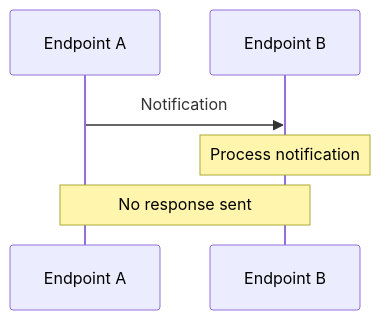
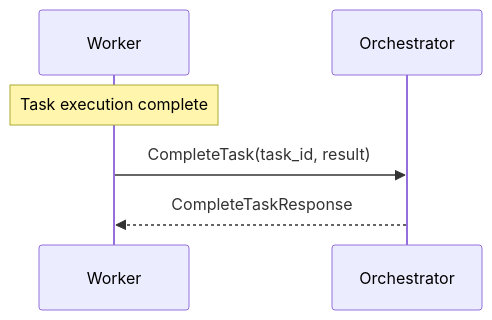
The second of 3 diagrams in docs/docs/protocol/message-format.md (stepflow-ai/stepflow), drawn with Mermaid before and after one commit. The commit also changed other lines of this file and 28 other files, not shown here.

First line of the commit message:
docs: Update documentation for gRPC-first architecture

````diff
--- a/docs/docs/protocol/message-format.md
+++ b/docs/docs/protocol/message-format.md
@@ -127,9 +64,9 @@
 ```mermaid
 sequenceDiagram
-    participant A as Endpoint A
-    participant B as Endpoint B
+    participant W as Worker
+    participant O as Orchestrator
 
-    A->>B: Notification
-    Note over B: Process notification
-    Note over A,B: No response sent
+    Note over W: Task execution complete
+    W->>O: CompleteTask(task_id, result)
+    O-->>W: CompleteTaskResponse
 ```
````
